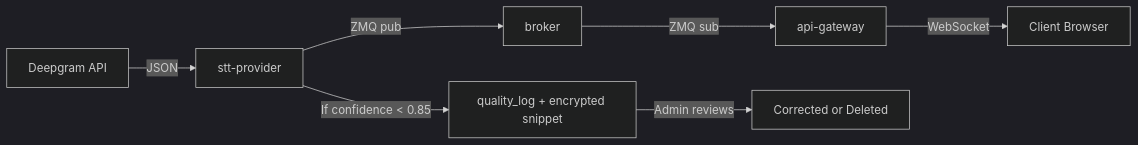
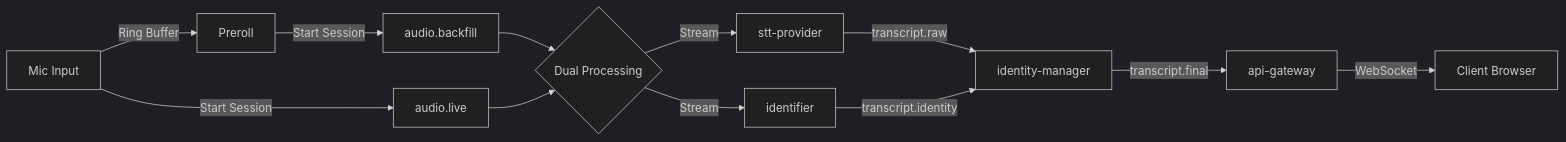
One commit to TomDakan/LiveSTT changed the second of 4 diagrams in docs/30_data/erd.md. Above: the diagram before and after it, drawn with Mermaid (dark theme). The commit also changed other lines of this file and 26 other files, not shown here.

Commit message:
docs(design_v8): updated documentation to reflect new durable stream and pre-roll audio design changes

````diff
--- a/docs/30_data/erd.md
+++ b/docs/30_data/erd.md
@@ -132,10 +132,18 @@
 ```mermaid
 flowchart LR
-    A[Deepgram API] -->|JSON| B[stt-provider]
-    B -->|ZMQ pub| C[broker]
-    C -->|ZMQ sub| D[api-gateway]
-    D -->|WebSocket| E[Client Browser]
+    Mic[Mic Input] -->|Ring Buffer| A[Preroll]
+    A -->|Start Session| B[audio.backfill]
+    Mic -->|Start Session| C[audio.live]
 
-    B -->|If confidence < 0.85| F[quality_log + encrypted snippet]
-    F -->|Admin reviews| G[Corrected or Deleted]
+    B --> D{Dual Processing}
+    C --> D
+
+    D -->|Stream| E[stt-provider]
+    D -->|Stream| F[identifier]
+
+    E -->|transcript.raw| G[identity-manager]
+    F -->|transcript.identity| G
+
+    G -->|transcript.final| H[api-gateway]
+    H -->|WebSocket| I[Client Browser]
 ```
````
